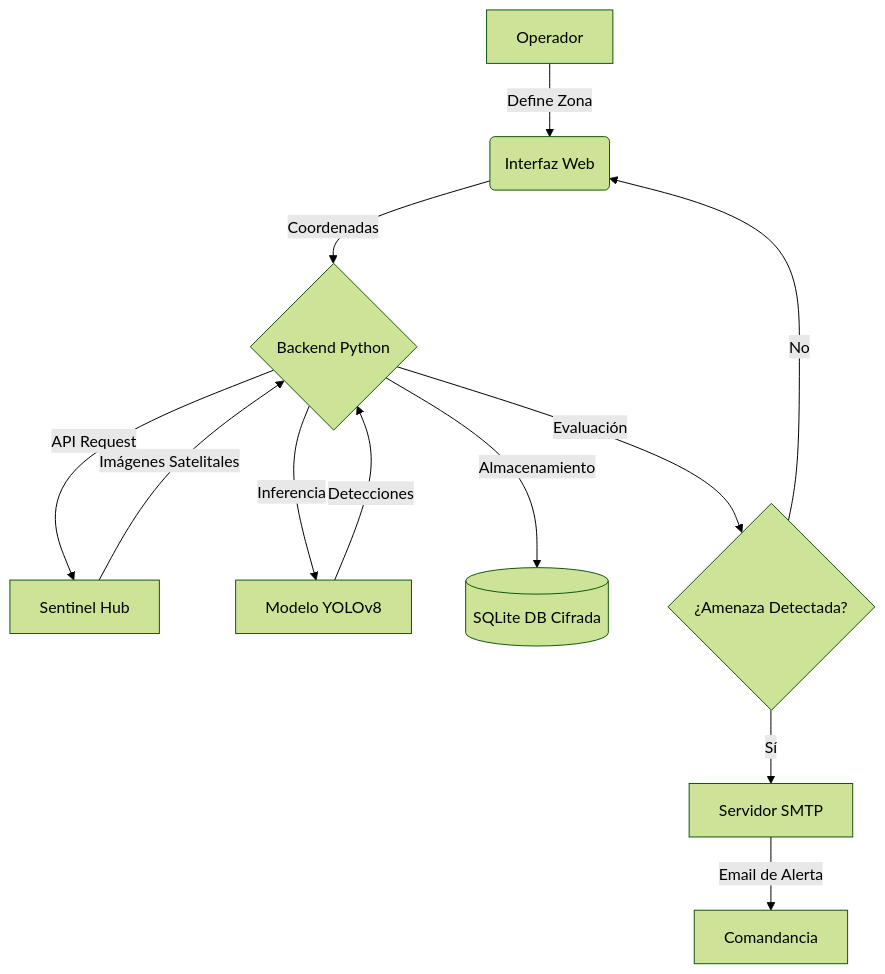
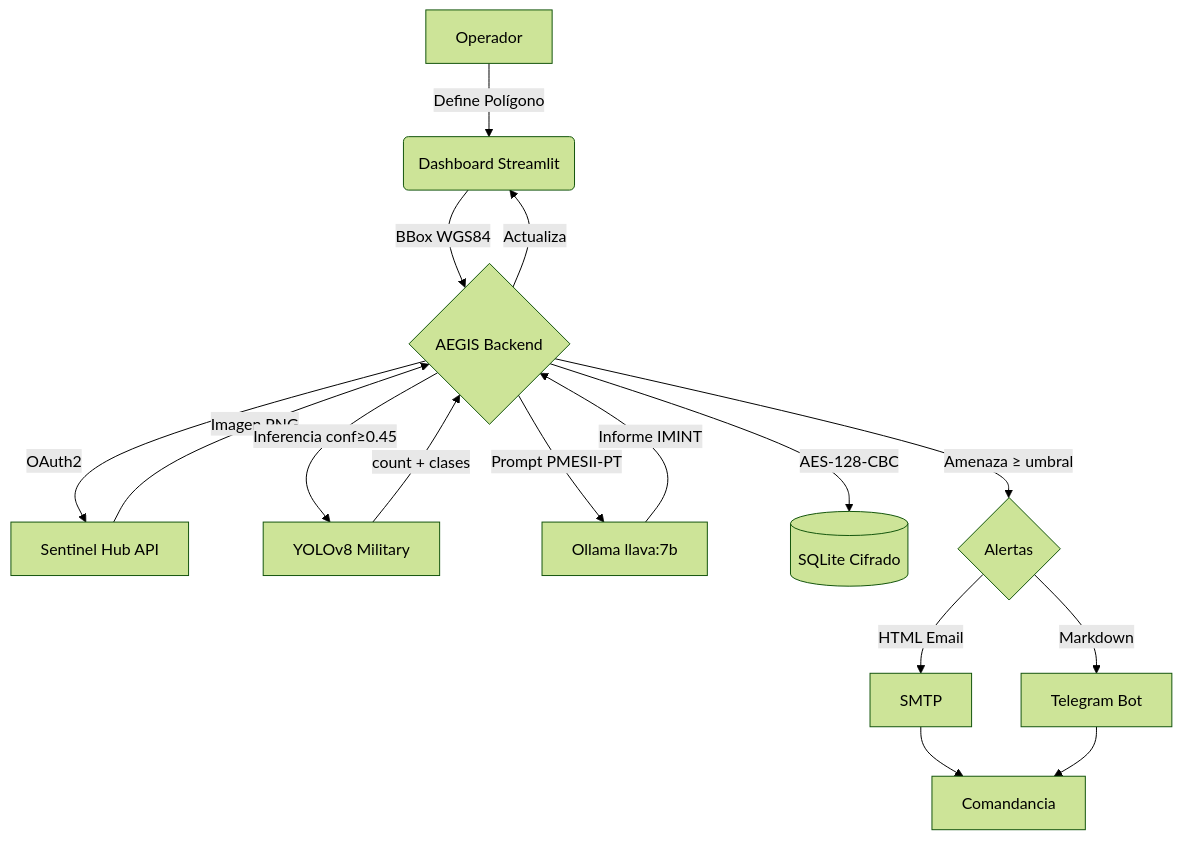
One commit to murdok1982/MonitoreoSatelitalMilitar changed the first of 2 diagrams in README.md. Above: the diagram before and after it, drawn with Mermaid (forest theme). The commit also changed other lines of this file, not shown here.

Commit message:
docs: rewrite README v2.0 with accurate architecture and fixed install guide

````diff
--- a/README.md
+++ b/README.md
@@ -64,14 +34,17 @@
 ```mermaid
 graph TD
-    A[Operador] -->|Define Zona| B(Interfaz Web)
-    B -->|Coordenadas| C{Backend Python}
-    C -->|API Request| D[Sentinel Hub]
-    D -->|Imágenes Satelitales| C
-    C -->|Inferencia| E[Modelo YOLOv8]
-    E -->|Detecciones| C
-    C -->|Almacenamiento| F[(SQLite DB Cifrada)]
-    C -->|Evaluación| G{¿Amenaza Detectada?}
-    G -->|Sí| H[Servidor SMTP]
-    H -->|Email de Alerta| I[Comandancia]
-    G -->|No| B
+    A[Operador] -->|Define Polígono| B(Dashboard Streamlit)
+    B -->|BBox WGS84| C{AEGIS Backend}
+    C -->|OAuth2| D[Sentinel Hub API]
+    D -->|Imagen PNG| C
+    C -->|Inferencia conf≥0.45| E[YOLOv8 Military]
+    E -->|count + clases| C
+    C -->|Prompt PMESII-PT| F[Ollama llava:7b]
+    F -->|Informe IMINT| C
+    C -->|AES-128-CBC| G[(SQLite Cifrado)]
+    C -->|Amenaza ≥ umbral| H{Alertas}
+    H -->|HTML Email| I[SMTP]
+    H -->|Markdown| J[Telegram Bot]
+    I & J --> K[Comandancia]
+    C -->|Actualiza| B
 ```
````
